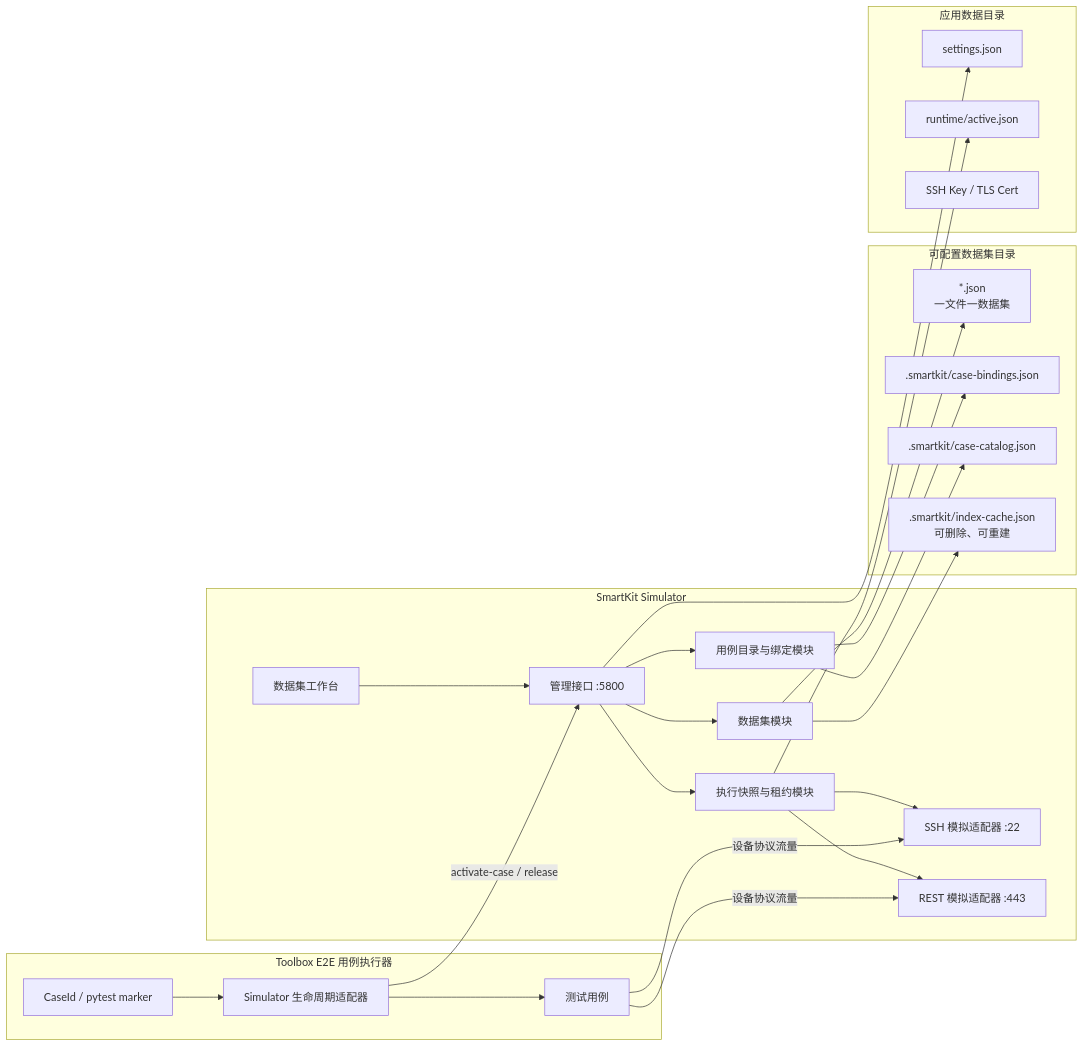
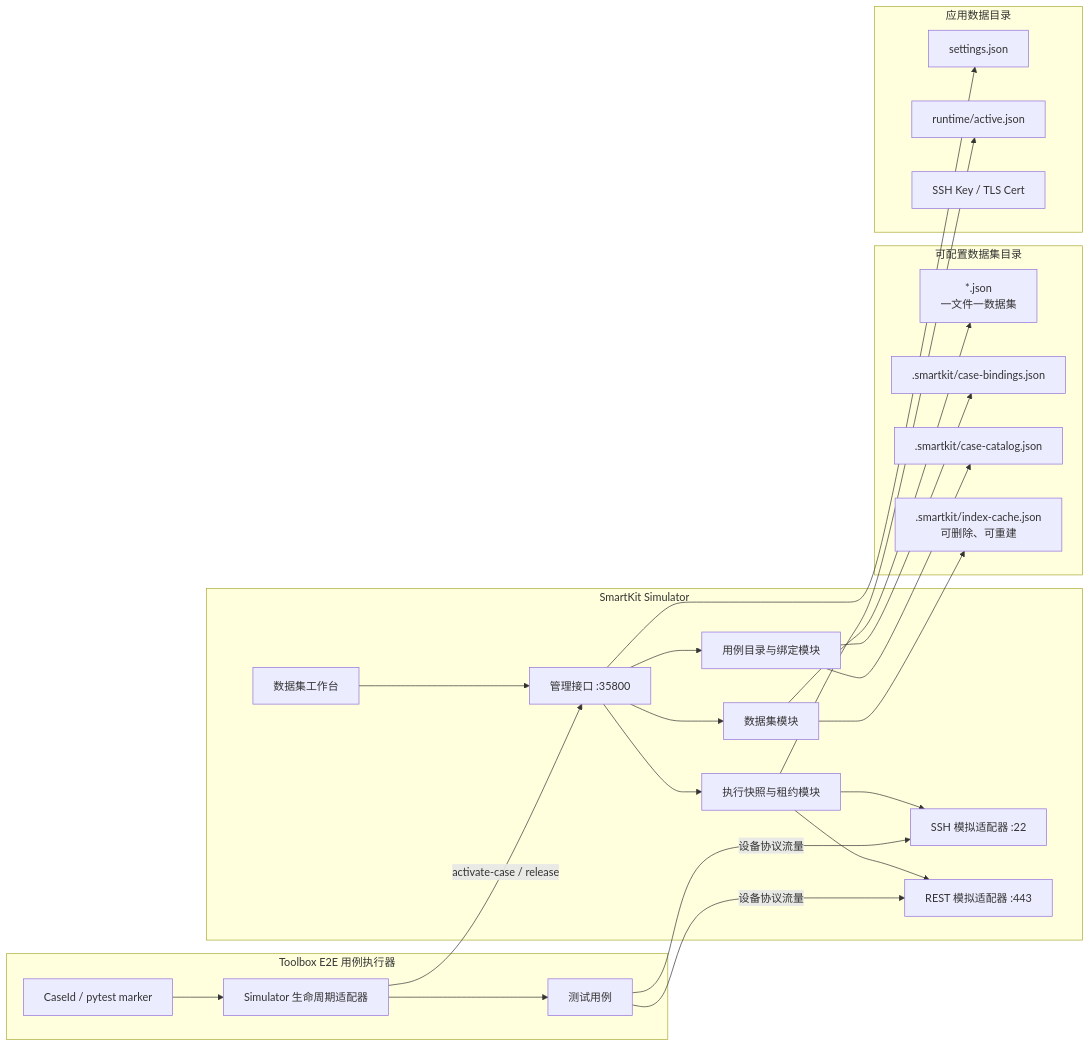
One commit to Liubangxin/smartkit-simulator changed the second of 4 diagrams in docs/simulator-dataset-architecture.md. Above: the diagram before and after it, drawn with Mermaid. The commit also changed other lines of this file and 9 other files, not shown here.

````diff
--- a/docs/simulator-dataset-architecture.md
+++ b/docs/simulator-dataset-architecture.md
@@ -96,49 +96,49 @@
 ```mermaid
 flowchart LR
     subgraph E2E["Toolbox E2E 用例执行器"]
         Registry["CaseId / pytest marker"]
         Fixture["Simulator 生命周期适配器"]
         Test["测试用例"]
         Registry --> Fixture --> Test
     end
 
     subgraph Simulator["SmartKit Simulator"]
         UI["数据集工作台"]
-        Control["管理接口 :5800"]
+        Control["管理接口 :35800"]
         Catalog["用例目录与绑定模块"]
         DatasetModule["数据集模块"]
         Runtime["执行快照与租约模块"]
         SSH["SSH 模拟适配器 :22"]
         REST["REST 模拟适配器 :443"]
 
         UI --> Control
         Control --> Catalog
         Control --> DatasetModule
         Control --> Runtime
         Runtime --> SSH
         Runtime --> REST
     end
 
     subgraph Files["可配置数据集目录"]
         DatasetFiles["*.json\n一文件一数据集"]
         Bindings[".smartkit/case-bindings.json"]
         CaseCatalog[".smartkit/case-catalog.json"]
         IndexCache[".smartkit/index-cache.json\n可删除、可重建"]
     end
 
     subgraph AppData["应用数据目录"]
         Settings["settings.json"]
         Snapshot["runtime/active.json"]
         Security["SSH Key / TLS Cert"]
     end
 
     Fixture -->|"activate-case / release"| Control
     Test -->|"设备协议流量"| SSH
     Test -->|"设备协议流量"| REST
     Catalog --> Bindings
     Catalog --> CaseCatalog
     DatasetModule --> DatasetFiles
     DatasetModule --> IndexCache
     Runtime --> Snapshot
     Control --> Settings
 ```
````
